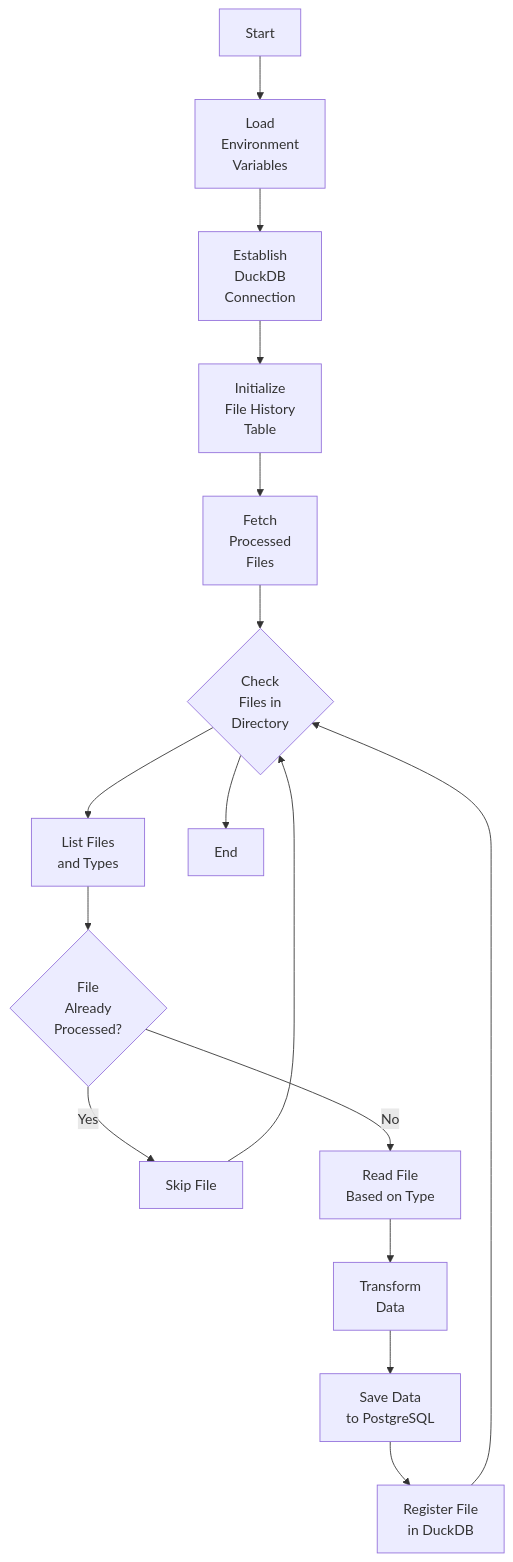
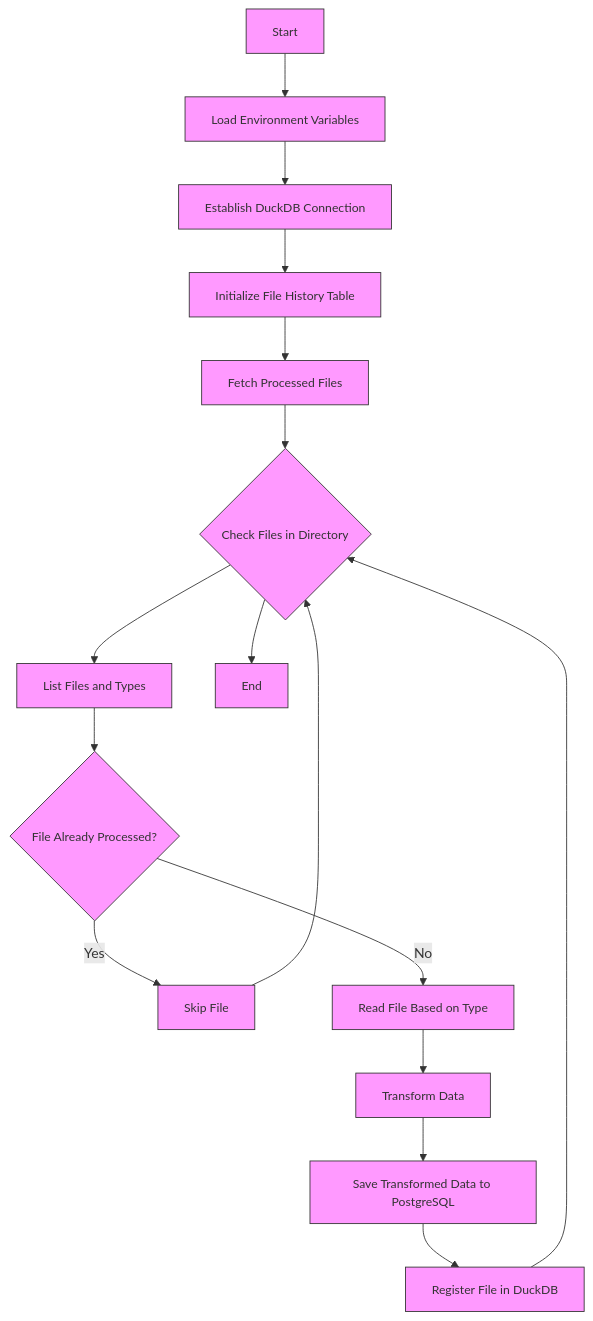
Before and after one commit to DellaCortef/etl-with-duckdb-python: the diagram in README.md, drawn with Mermaid.

Commit message:
Node font size is increased using font-size:14px. Custom node styles are defined under classDef largeText and applied to all nodes using :::largeText.

````diff
--- a/README.md
+++ b/README.md
@@ -42,18 +42,21 @@
 ```mermaid
 graph TD
-    A[Start] --> B[Load\nEnvironment\nVariables]
-    B --> C[Establish\nDuckDB\nConnection]
-    C --> D[Initialize\nFile History\nTable]
-    D --> E[Fetch\nProcessed\nFiles]
-    E --> F{Check\nFiles in\nDirectory}
-    F --> G[List Files\nand Types]
-    G --> H{File\nAlready\nProcessed?}
-    H -- Yes --> I[Skip File]
-    H -- No --> J[Read File\nBased on Type]
-    J --> K[Transform\nData]
-    K --> L[Save Data\nto PostgreSQL]
-    L --> M[Register File\nin DuckDB]
+    %% Apply styles to ensure nodes fit the text
+    classDef largeText fill:#f9f,stroke:#333,stroke-width:1px,font-size:14px;
+
+    A[Start]:::largeText --> B[Load Environment Variables]:::largeText
+    B --> C[Establish DuckDB Connection]:::largeText
+    C --> D[Initialize File History Table]:::largeText
+    D --> E[Fetch Processed Files]:::largeText
+    E --> F{Check Files in Directory}:::largeText
+    F --> G[List Files and Types]:::largeText
+    G --> H{File Already Processed?}:::largeText
+    H -- Yes --> I[Skip File]:::largeText
+    H -- No --> J[Read File Based on Type]:::largeText
+    J --> K[Transform Data]:::largeText
+    K --> L[Save Transformed Data to PostgreSQL]:::largeText
+    L --> M[Register File in DuckDB]:::largeText
     M --> F
     I --> F
-    F --> N[End]
+    F --> N[End]:::largeText
 ```
````
